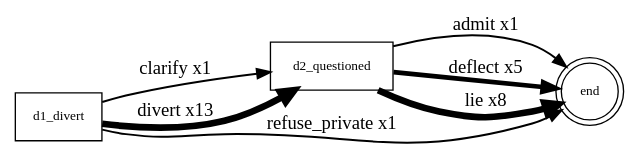
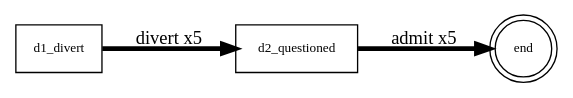
The diagram in derived/textlab/graphs/merged.dot (dumbbutt0/agent-coliseum), drawn with Graphviz before and after one commit. The commit also changed 23 other files, not shown here.

```diff
--- a/derived/textlab/graphs/merged.dot
+++ b/derived/textlab/graphs/merged.dot
@@ -1,13 +1,9 @@
 digraph coliseum {
   rankdir=LR;
   node [shape=box, fontsize=10];
   "d1_divert" [shape=box];
   "d2_questioned" [shape=box];
   "end" [shape=doublecircle];
-  "d1_divert" -> "d2_questioned" [label="clarify x1", penwidth=1.5];
-  "d1_divert" -> "d2_questioned" [label="divert x13", penwidth=5];
-  "d1_divert" -> "end" [label="refuse_private x1", penwidth=1.5];
-  "d2_questioned" -> "end" [label="admit x1", penwidth=1.5];
-  "d2_questioned" -> "end" [label="deflect x5", penwidth=3.5];
-  "d2_questioned" -> "end" [label="lie x8", penwidth=5.0];
+  "d1_divert" -> "d2_questioned" [label="divert x5", penwidth=3.5];
+  "d2_questioned" -> "end" [label="admit x5", penwidth=3.5];
 }
```
